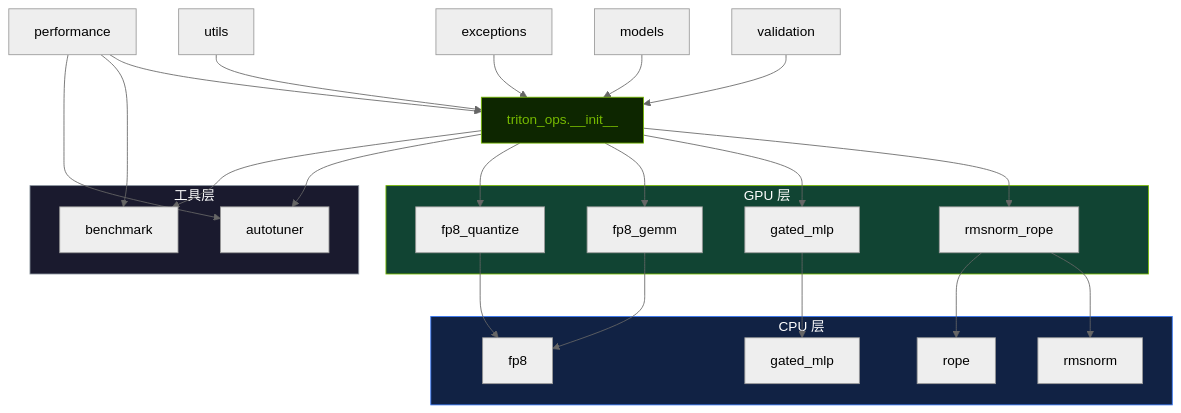
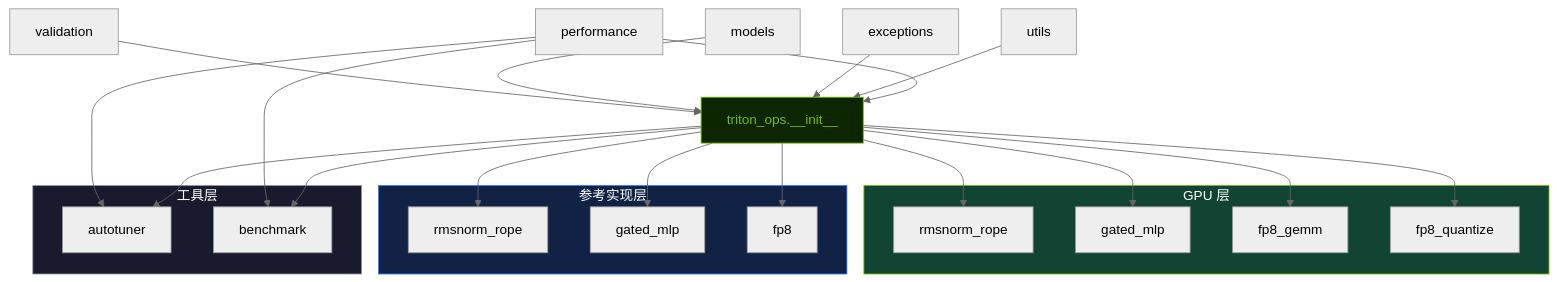
One commit to LessUp/triton-fused-ops changed the first of 2 diagrams in docs/zh/internals/architecture.md. Above: the diagram before and after it, drawn with Mermaid (neutral theme). The commit also changed other lines of this file and 8 other files, not shown here.

````diff
--- a/docs/zh/internals/architecture.md
+++ b/docs/zh/internals/architecture.md
@@ -42,55 +41,52 @@
 ```mermaid
 flowchart TB
     subgraph GPU["GPU 层"]
         K1[rmsnorm_rope]
         K2[gated_mlp]
         K3[fp8_gemm]
         K4[fp8_quantize]
     end
 
-    subgraph CPU["CPU 层"]
-        C1[rmsnorm]
-        C2[rope]
-        C3[gated_mlp]
-        C4[fp8]
+    subgraph REF["参考实现层"]
+        R1[rmsnorm_rope]
+        R2[gated_mlp]
+        R3[fp8]
     end
 
     subgraph TOOLS["工具层"]
         T1[autotuner]
         T2[benchmark]
     end
 
     INIT["triton_ops.__init__"]
     VAL[validation]
     MOD[models]
     EXC[exceptions]
     PERF[performance]
     UTL[utils]
 
     VAL --> INIT
     MOD --> INIT
     EXC --> INIT
     UTL --> INIT
     PERF --> INIT
     PERF --> T2
     PERF --> T1
 
     INIT --> K1
     INIT --> K2
     INIT --> K3
     INIT --> K4
 
-    K1 --> C1
-    K1 --> C2
-    K2 --> C3
-    K3 --> C4
-    K4 --> C4
+    INIT --> R1
+    INIT --> R2
+    INIT --> R3
 
     INIT --> T1
     INIT --> T2
 
     style GPU fill:#143,stroke:#76B900,color:#fff
-    style CPU fill:#124,stroke:#3476f6,color:#fff
+    style REF fill:#124,stroke:#3476f6,color:#fff
     style TOOLS fill:#1a1a2e,stroke:#8b949e,color:#fff
     style INIT fill:#0d2600,stroke:#76B900,color:#76B900
 ```
````
